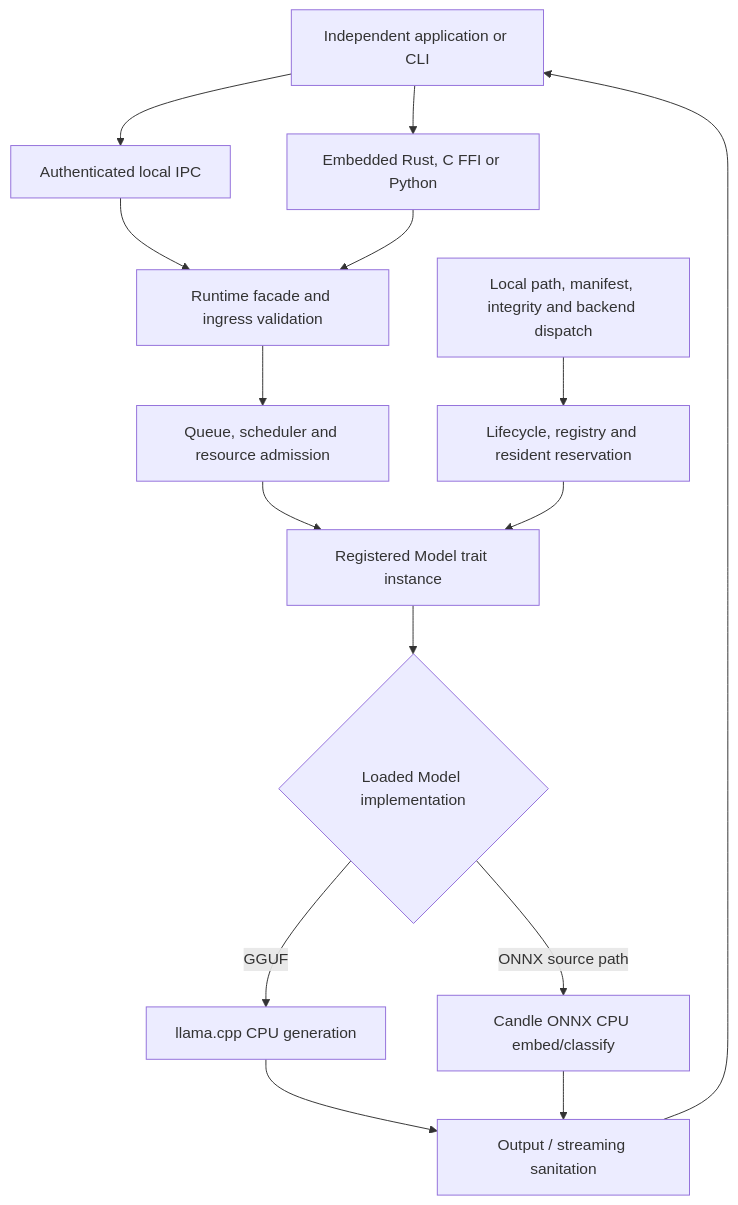
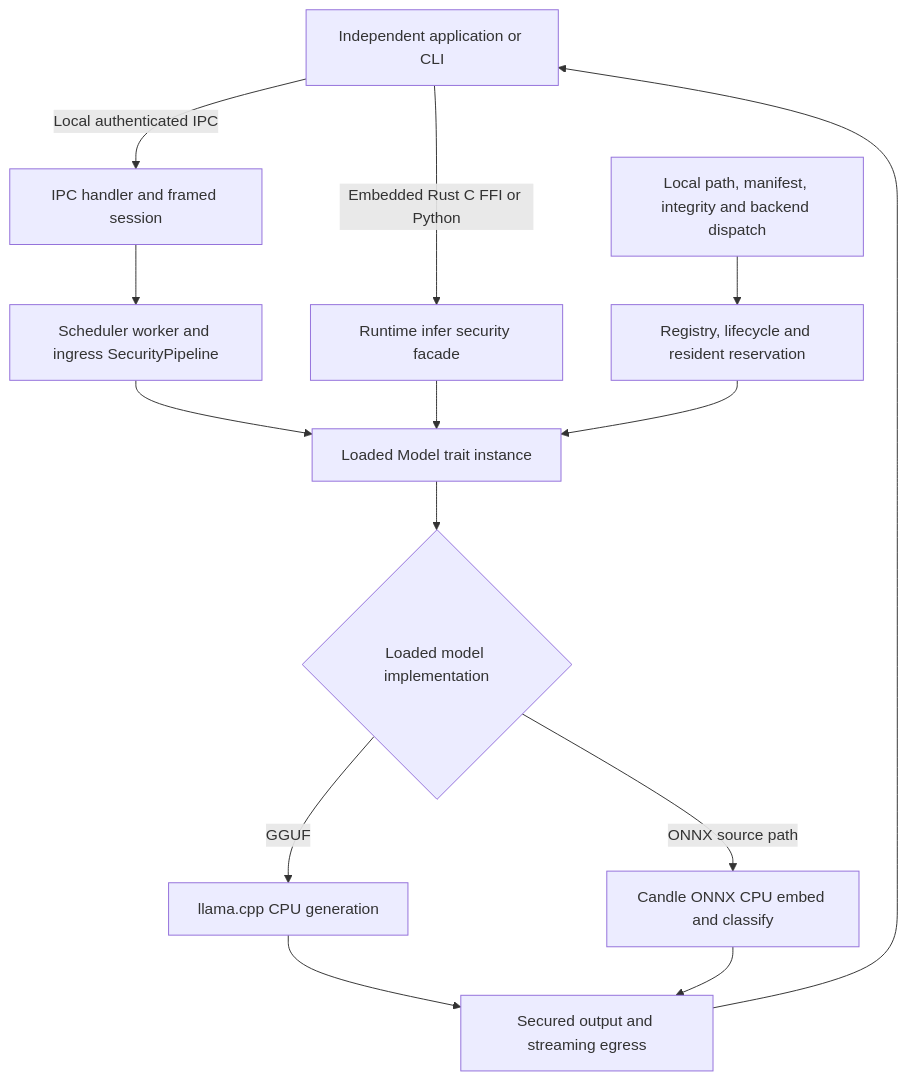
Before and after one commit to MythologIQ-Labs-LLC/GG-CORE: the first of 2 diagrams in docs/architecture/CORE_RUNTIME_ARCHITECTURE.md, drawn with Mermaid.

Commit message:
docs(diagrams): distinguish IPC from embedded execution and show true dependency direction [skip ci]

````diff
--- a/docs/architecture/CORE_RUNTIME_ARCHITECTURE.md
+++ b/docs/architecture/CORE_RUNTIME_ARCHITECTURE.md
@@ -55,17 +55,17 @@
 ```mermaid
 flowchart TD
-    App[Independent application or CLI] --> IPC[Authenticated local IPC]
-    App --> Embed[Embedded Rust, C FFI or Python]
-    IPC --> Secure[Runtime facade and ingress validation]
-    Embed --> Secure
-    Secure --> Admission[Queue, scheduler and resource admission]
-    Admission --> Registered[Registered Model trait instance]
-    Loader[Local path, manifest, integrity and backend dispatch] --> Lifecycle[Lifecycle, registry and resident reservation]
+    App[Independent application or CLI]
+    App -->|Local authenticated IPC| Handler[IPC handler and framed session]
+    Handler --> Worker[Scheduler worker and ingress SecurityPipeline]
+    App -->|Embedded Rust C FFI or Python| Facade[Runtime infer security facade]
+    Worker --> Registered[Loaded Model trait instance]
+    Facade --> Registered
+    Loader[Local path, manifest, integrity and backend dispatch] --> Lifecycle[Registry, lifecycle and resident reservation]
     Lifecycle --> Registered
-    Registered --> Backend{Loaded Model implementation}
+    Registered --> Backend{Loaded model implementation}
     Backend -->|GGUF| GGUF[llama.cpp CPU generation]
-    Backend -->|ONNX source path| ONNX[Candle ONNX CPU embed/classify]
-    GGUF --> Out[Output / streaming sanitation]
+    Backend -->|ONNX source path| ONNX[Candle ONNX CPU embed and classify]
+    GGUF --> Out[Secured output and streaming egress]
     ONNX --> Out
     Out --> App
 ```
````
